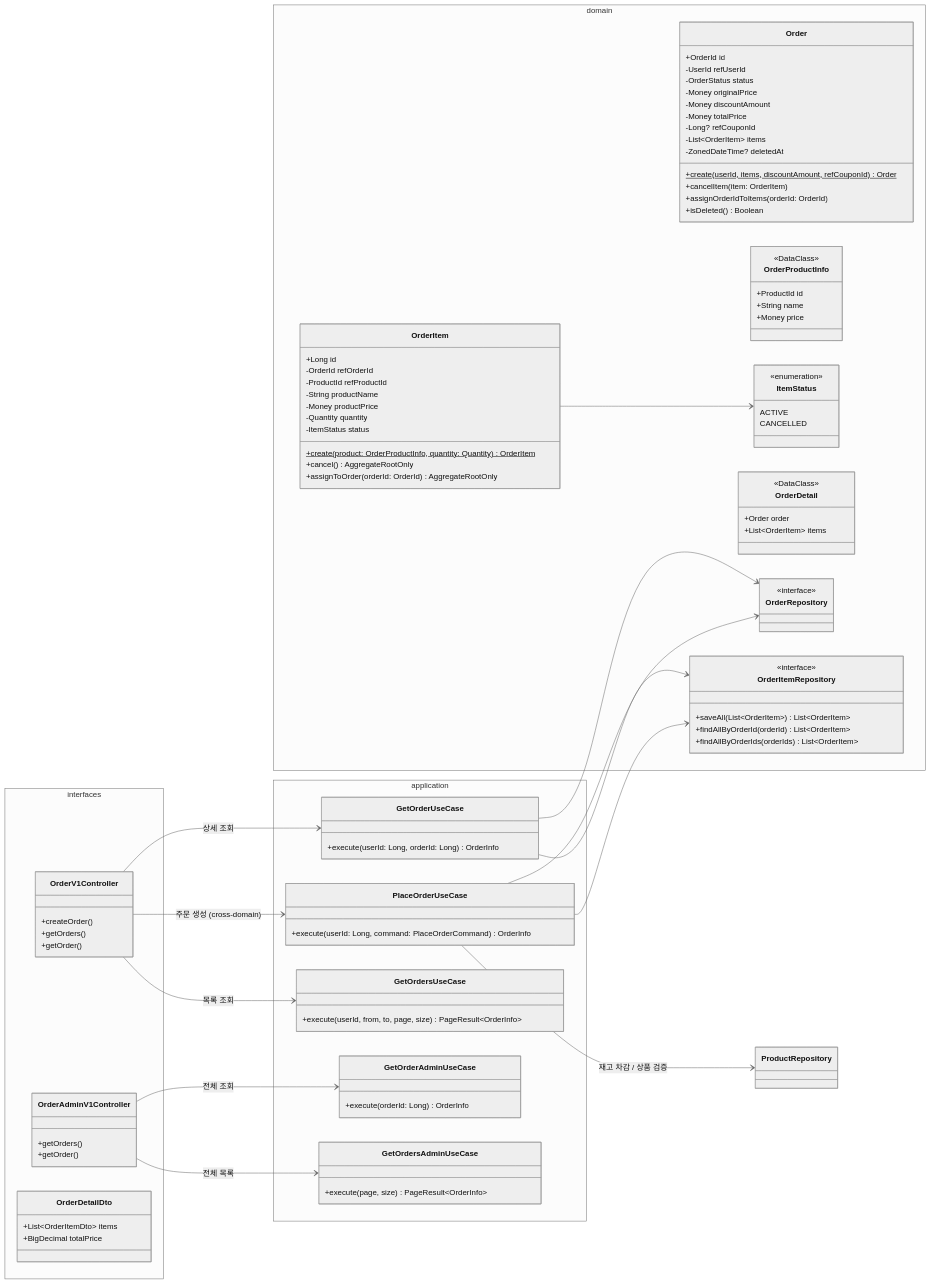
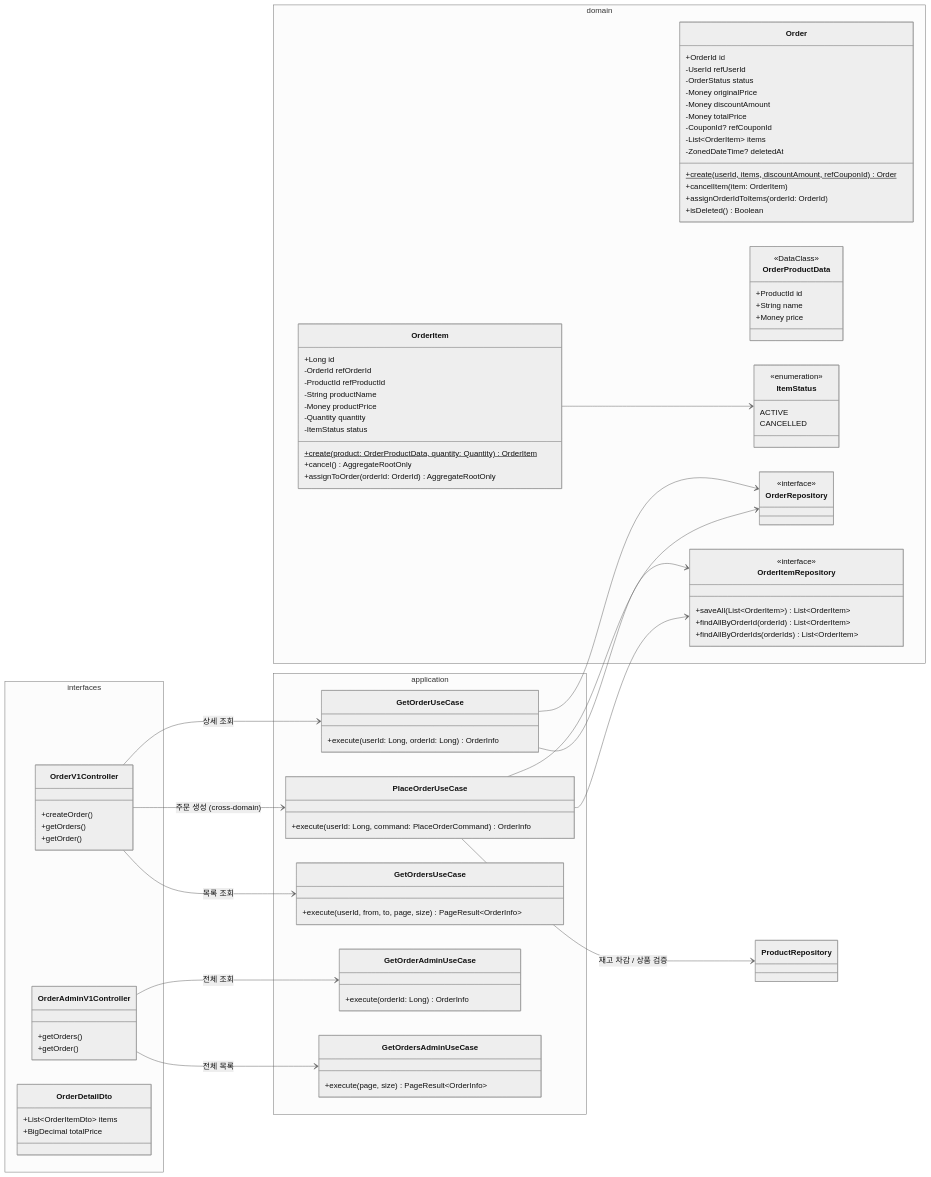
The fifth of 8 diagrams in docs/design/03-class-diagram.md (Loopers-dev-lab/loop-pack-be-l2-vol3-kotlin), drawn with Mermaid (neutral theme) before and after one commit. The commit also changed other lines of this file and 5 other files, not shown here.

```diff
--- a/docs/design/03-class-diagram.md
+++ b/docs/design/03-class-diagram.md
@@ -457,7 +457,7 @@
             -Money originalPrice
             -Money discountAmount
             -Money totalPrice
-            -Long? refCouponId
+            -CouponId? refCouponId
             -List~OrderItem~ items
             -ZonedDateTime? deletedAt
             +create(userId, items, discountAmount, refCouponId)$ Order
@@ -465,7 +465,7 @@
             +assignOrderIdToItems(orderId: OrderId)
             +isDeleted() Boolean
         }
-        class OrderProductInfo {
+        class OrderProductData {
             <<DataClass>>
             +ProductId id
             +String name
@@ -479,7 +479,7 @@
             -Money productPrice
             -Quantity quantity
             -ItemStatus status
-            +create(product: OrderProductInfo, quantity: Quantity)$ OrderItem
+            +create(product: OrderProductData, quantity: Quantity)$ OrderItem
             +cancel() AggregateRootOnly
             +assignToOrder(orderId: OrderId) AggregateRootOnly
         }
@@ -487,11 +487,6 @@
             <<enumeration>>
             ACTIVE
             CANCELLED
-        }
-        class OrderDetail {
-            <<DataClass>>
-            +Order order
-            +List~OrderItem~ items
         }
         class OrderRepository {
             <<interface>>
```
